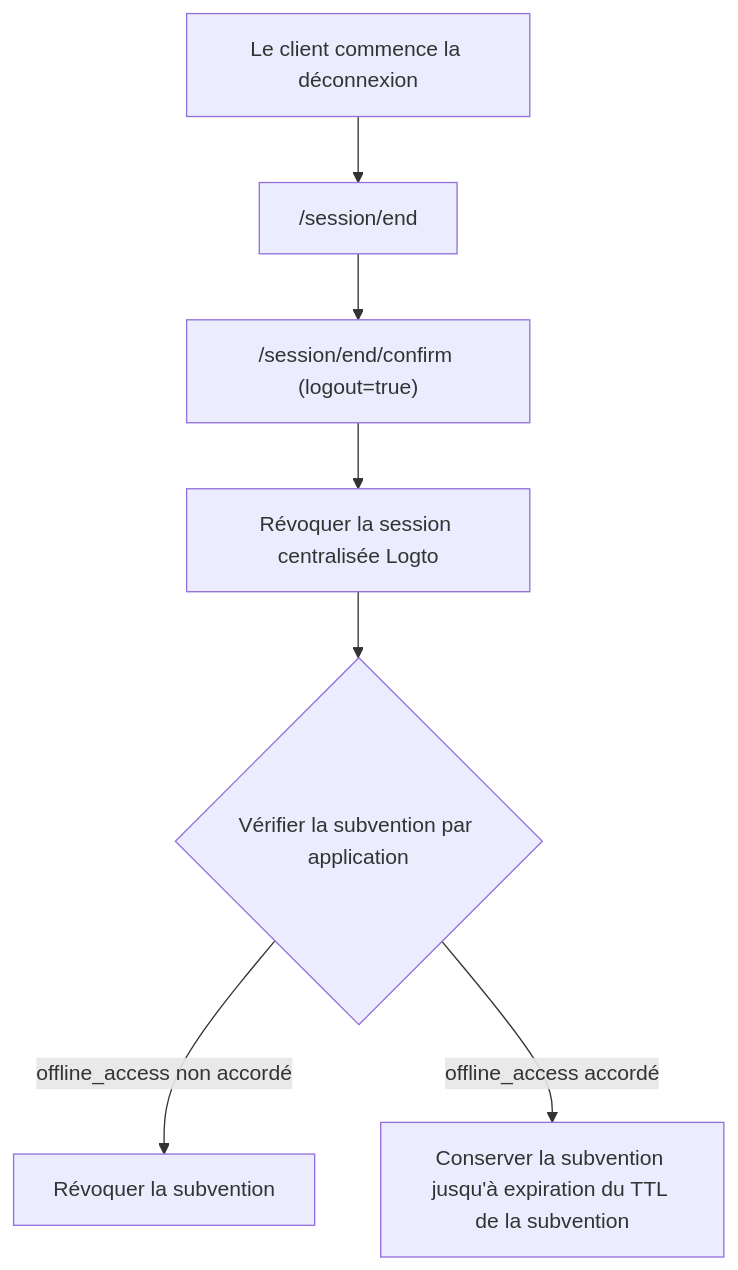
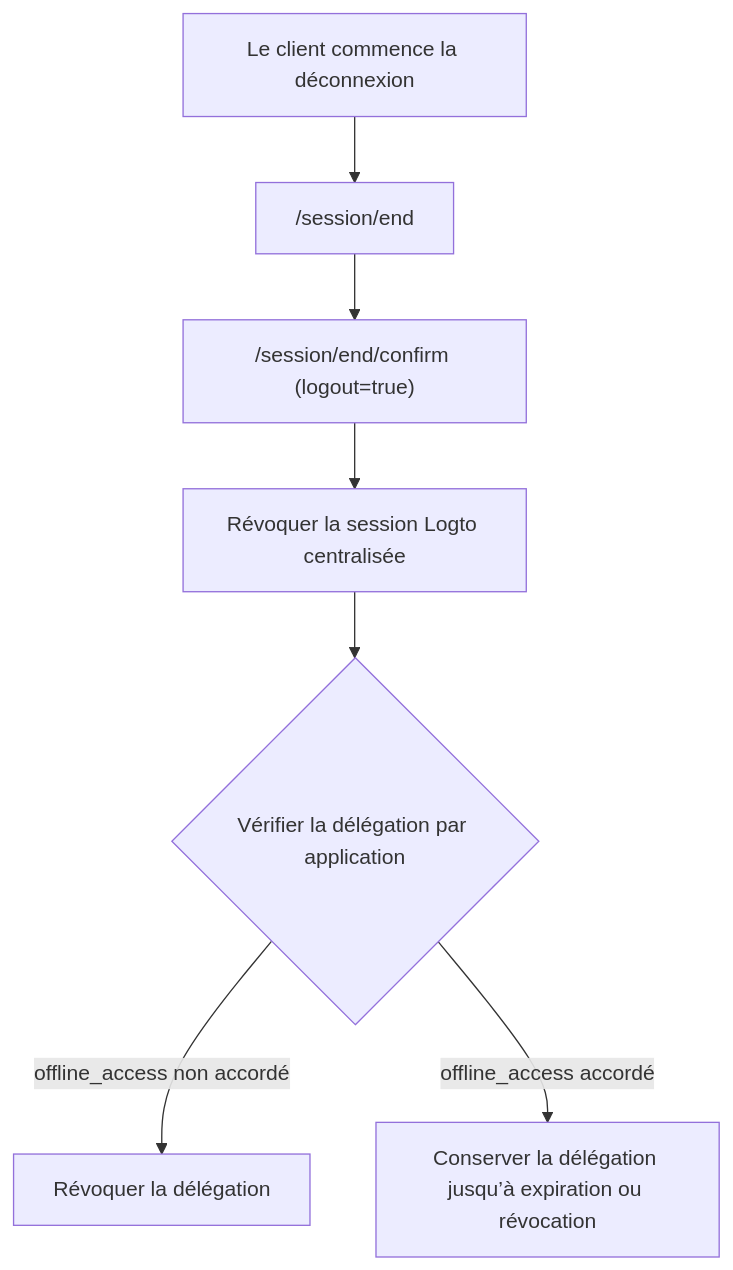
Before and after one commit to logto-io/docs: the diagram in i18n/fr/docusaurus-plugin-content-docs/current/end-user-flows/sign-out.mdx, drawn with Mermaid. The commit also changed other lines of this file and 66 other files, not shown here.

````diff
--- a/i18n/fr/docusaurus-plugin-content-docs/current/end-user-flows/sign-out.mdx
+++ b/i18n/fr/docusaurus-plugin-content-docs/current/end-user-flows/sign-out.mdx
@@ -45,9 +45,9 @@
 ```mermaid
 flowchart TD
   A["Le client commence la déconnexion"] --> B["/session/end"]
   B --> C["/session/end/confirm (logout=true)"]
-  C --> D["Révoquer la session centralisée Logto"]
-  D --> E{"Vérifier la subvention par application"}
-  E -->|"offline_access non accordé"| F["Révoquer la subvention"]
-  E -->|"offline_access accordé"| G["Conserver la subvention jusqu'à expiration du TTL de la subvention"]
+  C --> D["Révoquer la session Logto centralisée"]
+  D --> E{"Vérifier la délégation par application"}
+  E -->|"offline_access non accordé"| F["Révoquer la délégation"]
+  E -->|"offline_access accordé"| G["Conserver la délégation jusqu’à expiration ou révocation"]
 ```
````
